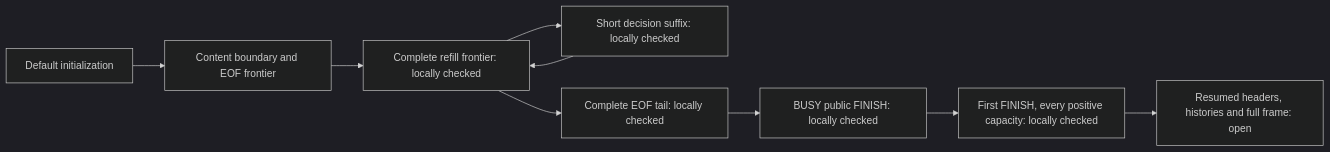
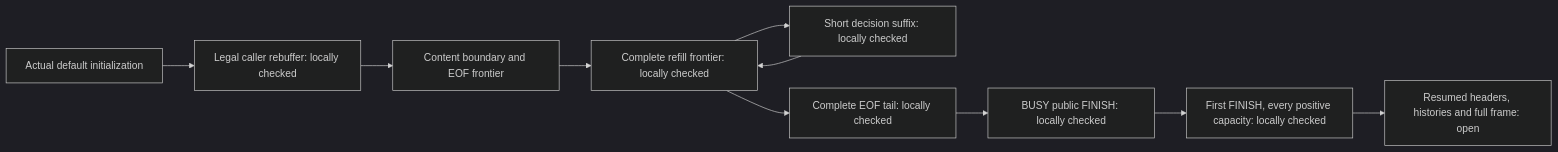
Before and after one commit to cla7aye15I4nd/zlib-f: the fourth of 4 diagrams in docs/overview.md, drawn with Mermaid (dark theme). The commit also changed other lines of this file and 2 other files, not shown here.

Commit message:
Connect actual default initialization and rebuffering to the first public FINISH call

````diff
--- a/docs/overview.md
+++ b/docs/overview.md
@@ -1663,11 +1679,12 @@
 ```mermaid
 flowchart LR
-  Init["Default initialization"] --> Entry["Content boundary and EOF frontier"]
+  Init["Actual default initialization"] --> Caller["Legal caller rebuffer: locally checked"]
+  Caller --> Entry["Content boundary and EOF frontier"]
   Entry --> Refill["Complete refill frontier: locally checked"]
   Refill --> Decide["Short decision suffix: locally checked"]
   Decide --> Refill
   Refill --> Tail["Complete EOF tail: locally checked"]
   Tail --> Public["BUSY public FINISH: locally checked"]
   Public --> First["First FINISH, every positive capacity: locally checked"]
   First --> History["Resumed headers, histories and full frame: open"]
 ```
````
